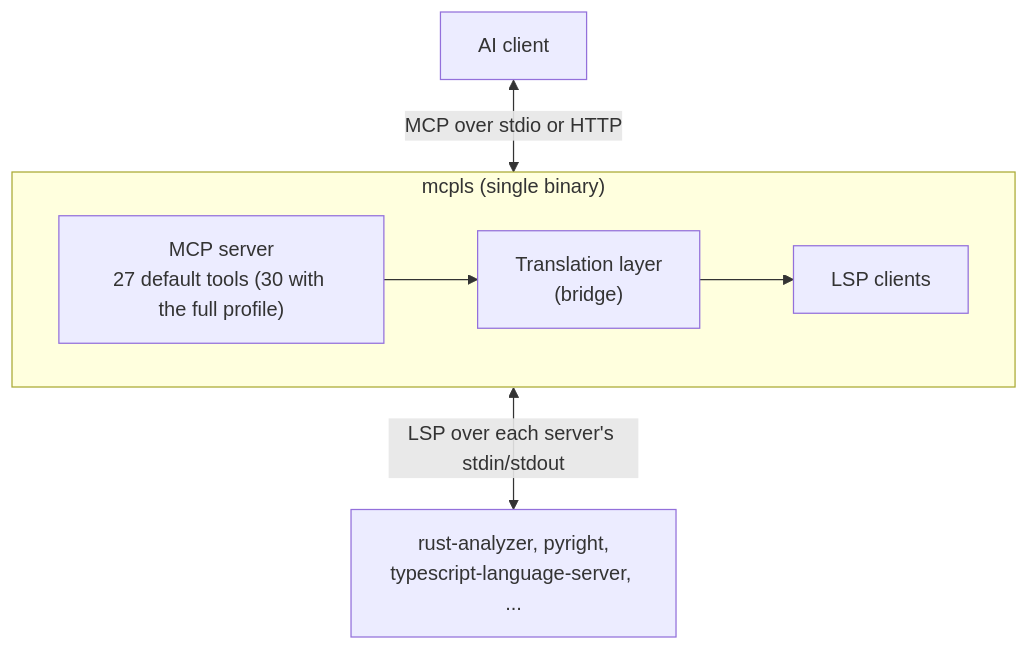
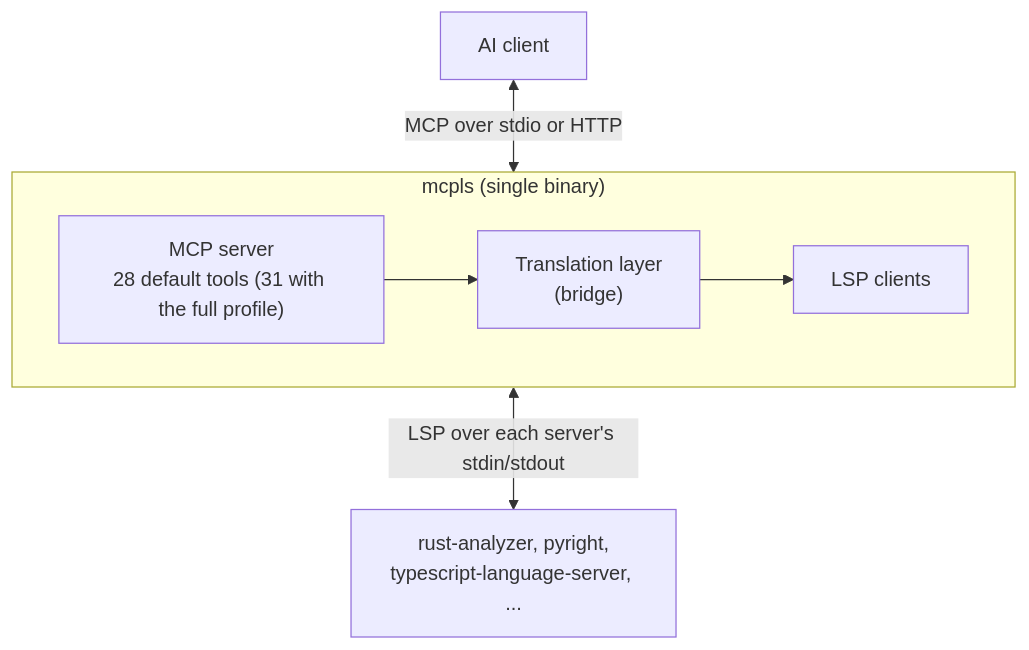
Before and after one commit to insomnes/mcpls: the first of 2 diagrams in book/src/advanced/architecture.md, drawn with Mermaid. The commit also changed 22 other files, not shown here.

````diff
--- a/book/src/advanced/architecture.md
+++ b/book/src/advanced/architecture.md
@@ -11,11 +11,11 @@
 ```mermaid
 flowchart TB
     Client["AI client"]
     subgraph mcpls["mcpls (single binary)"]
         direction LR
-        MCP["MCP server<br/>27 default tools (30 with the full profile)"] --> Bridge["Translation layer<br/>(bridge)"] --> LSPc["LSP clients"]
+        MCP["MCP server<br/>28 default tools (31 with the full profile)"] --> Bridge["Translation layer<br/>(bridge)"] --> LSPc["LSP clients"]
     end
     Servers["rust-analyzer, pyright,<br/>typescript-language-server, ..."]
     Client <-->|"MCP over stdio or HTTP"| MCP
     LSPc <-->|"LSP over each server's stdin/stdout"| Servers
 ```
````
